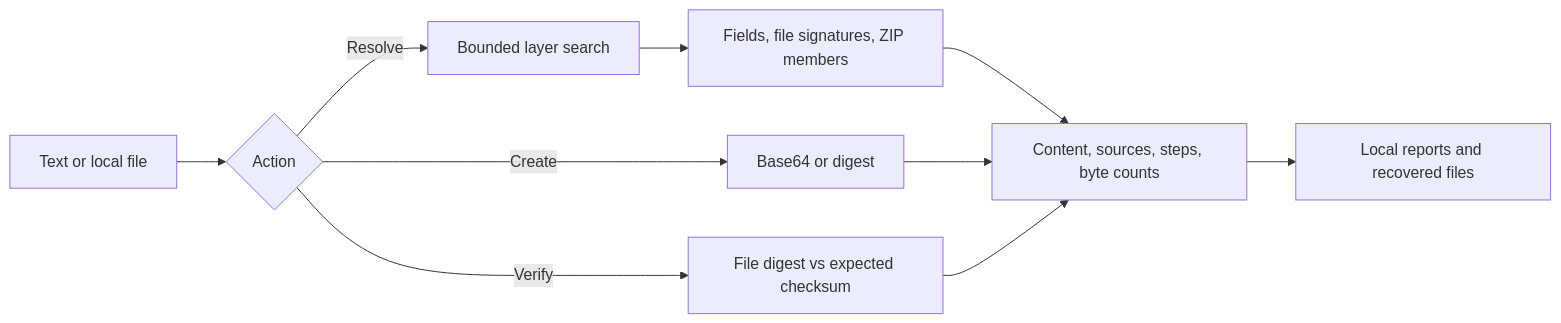
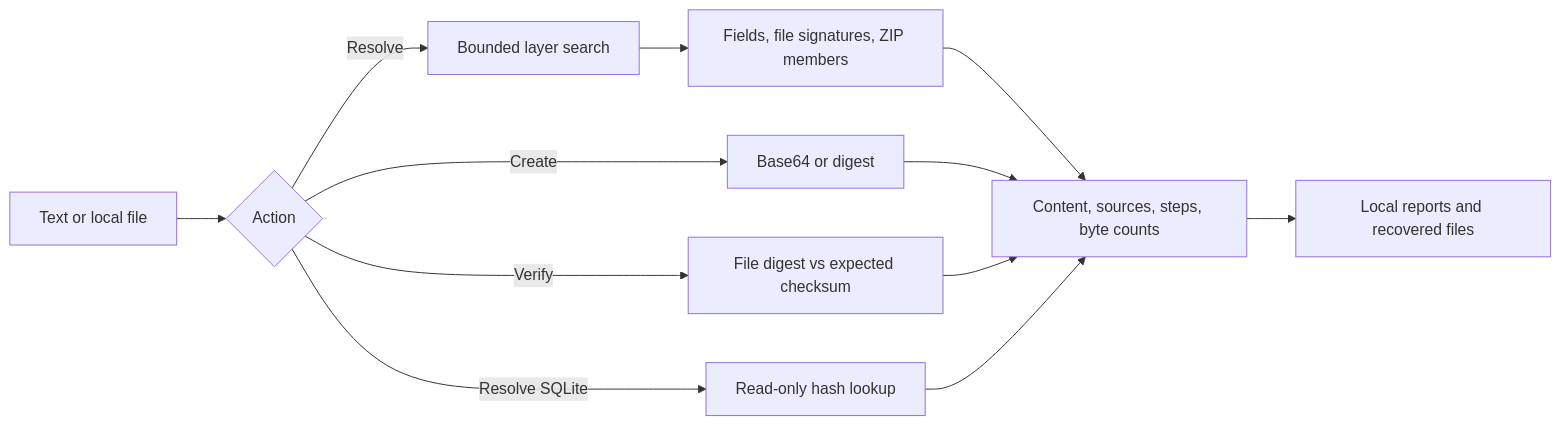
Before and after one commit to Exaaiser/LayerSift: the diagram in docs/architecture.md, drawn with Mermaid. The commit also changed other lines of this file and 18 other files, not shown here.

````diff
--- a/docs/architecture.md
+++ b/docs/architecture.md
@@ -5,12 +5,14 @@
 ```mermaid
 flowchart LR
     Input[Text or local file] --> Action{Action}
     Action -->|Resolve| Search[Bounded layer search]
     Search --> Inspect[Fields, file signatures, ZIP members]
     Inspect --> Result[Content, sources, steps, byte counts]
     Action -->|Create| Encode[Base64 or digest]
     Action -->|Verify| Compare[File digest vs expected checksum]
+    Action -->|Resolve SQLite| Lookup[Read-only hash lookup]
     Encode --> Result
     Compare --> Result
+    Lookup --> Result
     Result --> Save[Local reports and recovered files]
 ```
````
